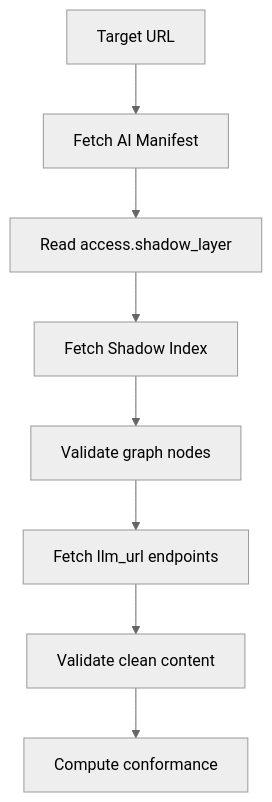
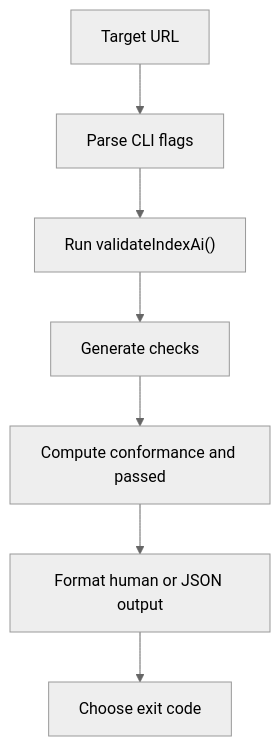
One commit to jordachmakaya/index-ai-validator changed the diagram in docs/guide/getting-started.md. Above: the diagram before and after it, drawn with Mermaid (neutral theme). The commit also changed other lines of this file and 16 other files, not shown here.

````diff
--- a/docs/guide/getting-started.md
+++ b/docs/guide/getting-started.md
@@ -95,10 +123,9 @@
 ```mermaid
 flowchart TD
-  A["Target URL"] --> B["Fetch AI Manifest"]
-  B --> C["Read access.shadow_layer"]
-  C --> D["Fetch Shadow Index"]
-  D --> E["Validate graph nodes"]
-  E --> F["Fetch llm_url endpoints"]
-  F --> G["Validate clean content"]
-  G --> H["Compute conformance"]
+  A["Target URL"] --> B["Parse CLI flags"]
+  B --> C["Run validateIndexAi()"]
+  C --> D["Generate checks"]
+  D --> E["Compute conformance and passed"]
+  E --> F["Format human or JSON output"]
+  F --> G["Choose exit code"]
 ```
````
